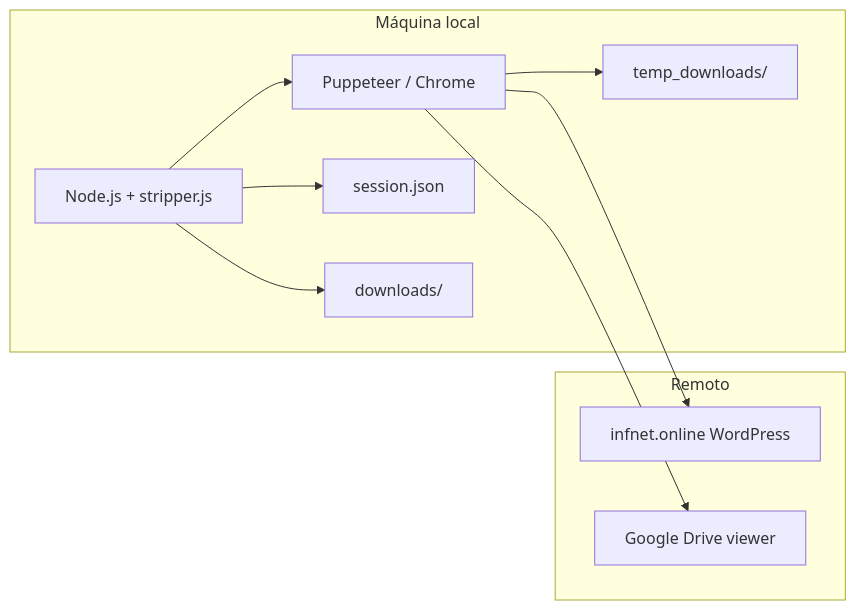
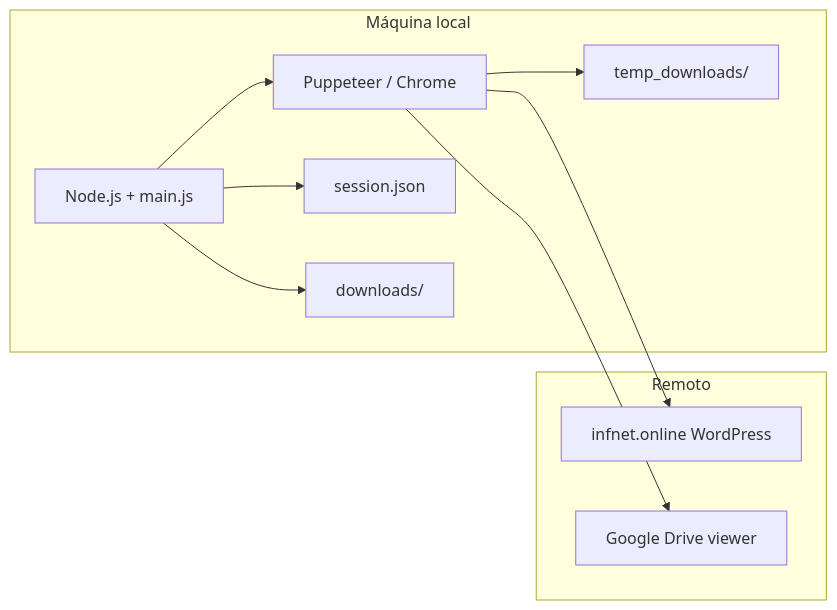
Before and after one commit to GaabDevWeb/STRIPPERscrapper: the first of 2 diagrams in README.md, drawn with Mermaid. The commit also changed other lines of this file and 11 other files, not shown here.

````diff
--- a/README.md
+++ b/README.md
@@ -50,20 +59,20 @@
 ```mermaid
 graph LR
   subgraph Local["Máquina local"]
-    Node["Node.js + stripper.js"]
+    Node["Node.js + main.js"]
     Puppeteer["Puppeteer / Chrome"]
     Sess["session.json"]
     DL["downloads/"]
     TMP["temp_downloads/"]
   end
   subgraph Remote["Remoto"]
     WP["infnet.online WordPress"]
     DRV["Google Drive viewer"]
   end
   Node --> Puppeteer
   Puppeteer --> WP
   Puppeteer --> DRV
   Node --> Sess
   Puppeteer --> TMP
   Node --> DL
 ```
````
